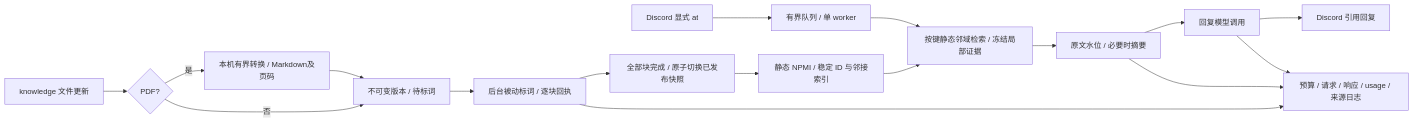
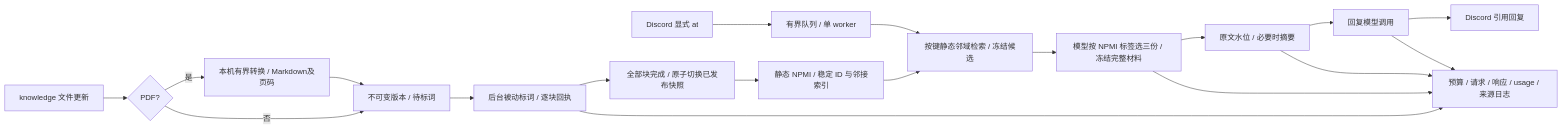
One commit to simulacrum0112-afk/Indeces_memory_manager changed the diagram in README.md. Above: the diagram before and after it, drawn with Mermaid. The commit also changed other lines of this file and 15 other files, not shown here.

````diff
--- a/README.md
+++ b/README.md
@@ -31,19 +40,21 @@
 ```mermaid
 flowchart LR
     D[Discord 显式 at] --> Q[有界队列 / 单 worker]
-    Q --> R[按键静态邻域检索 / 冻结局部证据]
-    R --> C[原文水位 / 必要时摘要]
+    Q --> R[按键静态邻域检索 / 冻结候选]
+    R --> E[模型按 NPMI 标签选三份 / 冻结完整材料]
+    E --> C[原文水位 / 必要时摘要]
     C --> A[回复模型调用]
     A --> O[Discord 引用回复]
     K[knowledge 文件更新] --> F{PDF?}
     F -->|是| X[本机有界转换 / Markdown及页码]
     X --> V[不可变版本 / 待标词]
     F -->|否| V
     V --> L[后台被动标词 / 逐块回执]
     L --> P[全部块完成 / 原子切换已发布快照]
     P --> G[静态 NPMI / 稳定 ID 与邻接索引]
     G --> R
     A --> S[预算 / 请求 / 响应 / usage / 来源日志]
+    E --> S
     L --> S
     C --> S
 ```
````
